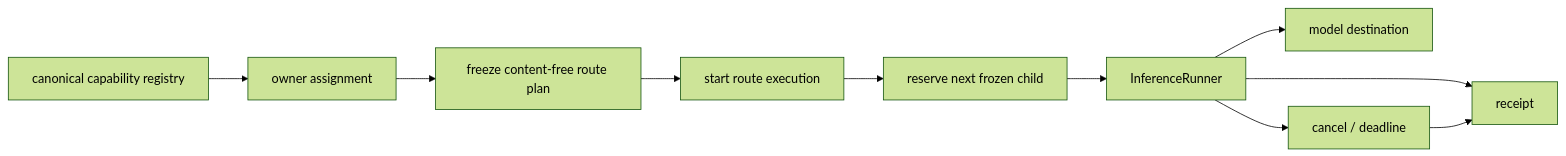
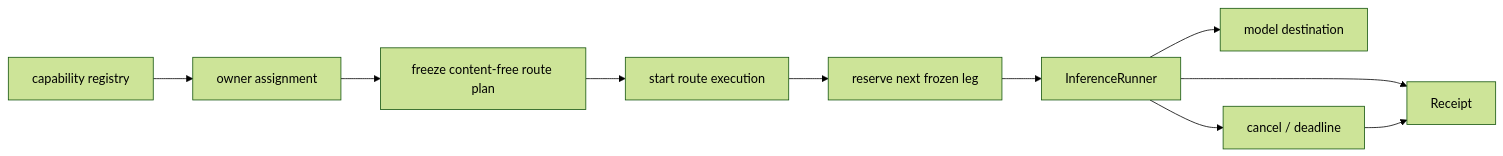
The diagram in docs/MODEL_RUNTIME.md (karolswdev/HoldSpeak), drawn with Mermaid (forest theme) before and after one commit. The commit also changed other lines of this file and 66 other files, not shown here.

````diff
--- a/docs/MODEL_RUNTIME.md
+++ b/docs/MODEL_RUNTIME.md
@@ -7,12 +10,12 @@
 ```mermaid
 flowchart LR
-    A[canonical capability registry] --> B[owner assignment]
+    A[capability registry] --> B[owner assignment]
     B --> C[freeze content-free route plan]
     C --> D[start route execution]
-    D --> E[reserve next frozen child]
+    D --> E[reserve next frozen leg]
     E --> F[InferenceRunner]
     F --> G[model destination]
-    F --> H[receipt]
+    F --> H[Receipt]
     F --> I[cancel / deadline]
     I --> H
 ```
````
